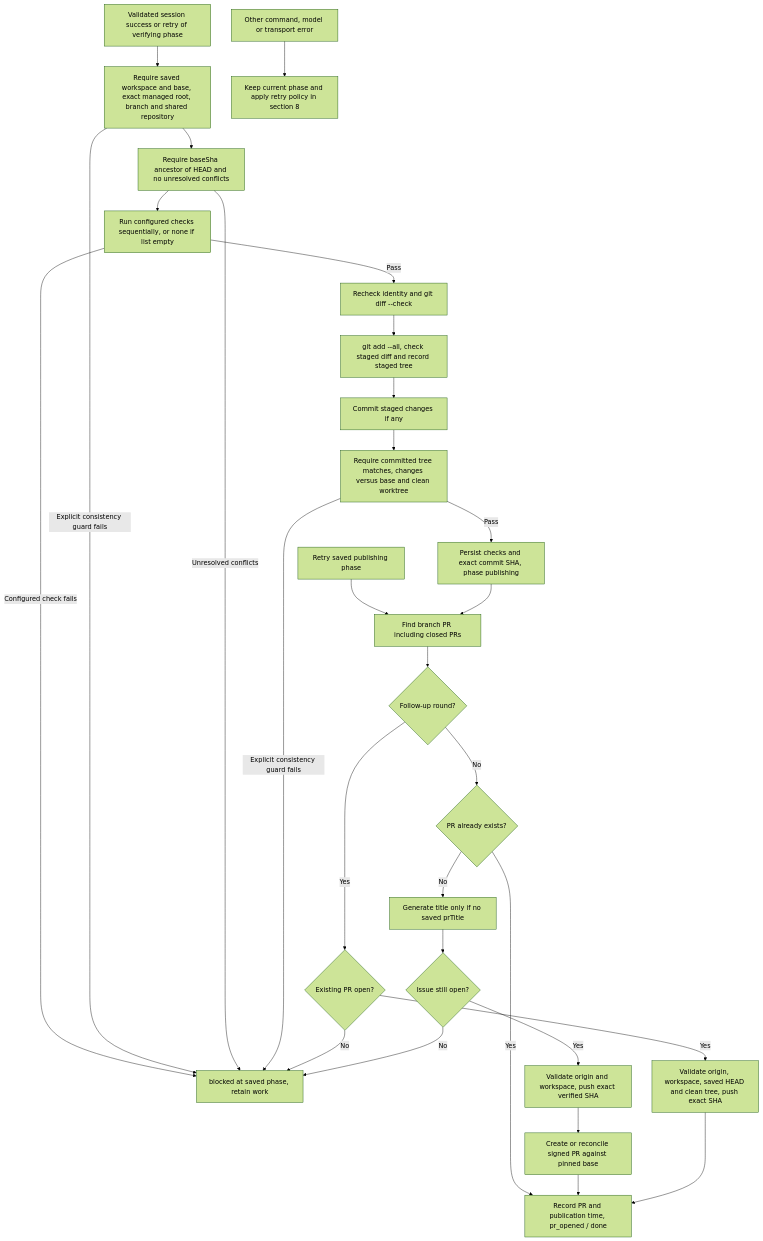
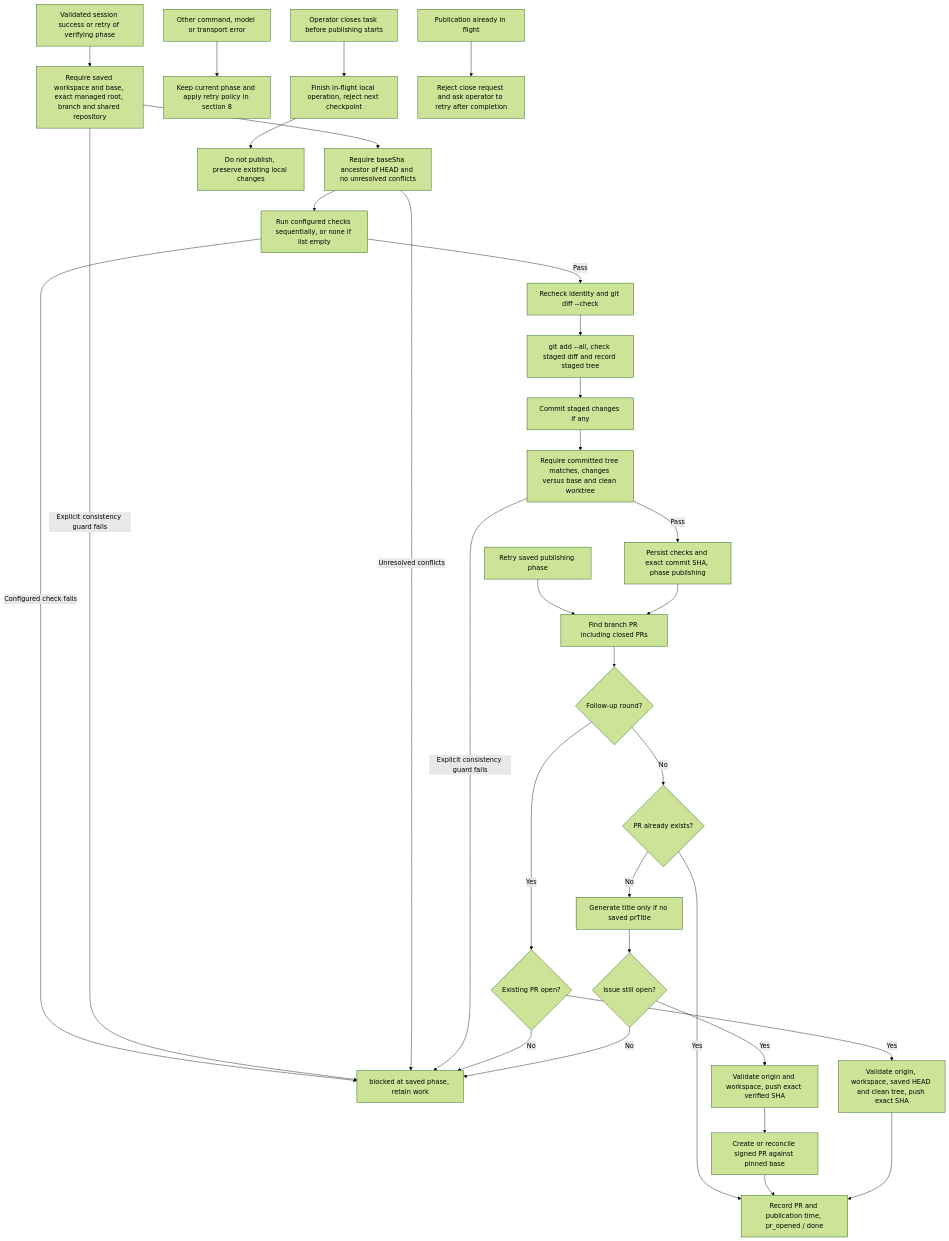
One commit to d3cker/opencode2-github-automation changed the sixth of 8 diagrams in docs/bot-workflow.md. Above: the diagram before and after it, drawn with Mermaid (forest theme). The commit also changed other lines of this file and 18 other files, not shown here.

````diff
--- a/docs/bot-workflow.md
+++ b/docs/bot-workflow.md
@@ -382,31 +396,34 @@
 ```mermaid
 flowchart TD
     Start[Validated session success or retry of verifying phase] --> Identity[Require saved workspace and base, exact managed root, branch and shared repository]
     Identity --> Base[Require baseSha ancestor of HEAD and no unresolved conflicts]
     Base --> Checks[Run configured checks sequentially, or none if list empty]
     Checks -->|Configured check fails| Block[blocked at saved phase, retain work]
     Checks -->|Pass| Diff[Recheck identity and git diff --check]
     Diff --> Stage[git add --all, check staged diff and record staged tree]
     Stage --> Commit[Commit staged changes if any]
     Commit --> Validate[Require committed tree matches, changes versus base and clean worktree]
     Identity -->|Explicit consistency guard fails| Block
     Base -->|Unresolved conflicts| Block
     Validate -->|Explicit consistency guard fails| Block
     Validate -->|Pass| Save[Persist checks and exact commit SHA, phase publishing]
     Retry[Retry saved publishing phase] --> Find
     Save --> Find[Find branch PR including closed PRs]
     Find --> Follow{Follow-up round?}
     Follow -->|Yes| Open{Existing PR open?}
     Open -->|No| Block
     Open -->|Yes| Push[Validate origin, workspace, saved HEAD and clean tree, push exact SHA]
     Follow -->|No| Exists{PR already exists?}
     Exists -->|Yes| Done[Record PR and publication time, pr_opened / done]
     Exists -->|No| Title[Generate title only if no saved prTitle]
     Title --> Issue{Issue still open?}
     Issue -->|No| Block
     Issue -->|Yes| PushNew[Validate origin and workspace, push exact verified SHA]
     PushNew --> Create[Create or reconcile signed PR against pinned base]
     Create --> Done
     Push --> Done
     Failure[Other command, model or transport error] --> Policy[Keep current phase and apply retry policy in section 8]
+    Close[Operator closes task before publishing starts] --> Drain[Finish in-flight local operation, reject next checkpoint]
+    Drain --> Preserve[Do not publish, preserve existing local changes]
+    InFlight[Publication already in flight] --> Refuse[Reject close request and ask operator to retry after completion]
 ```
````
